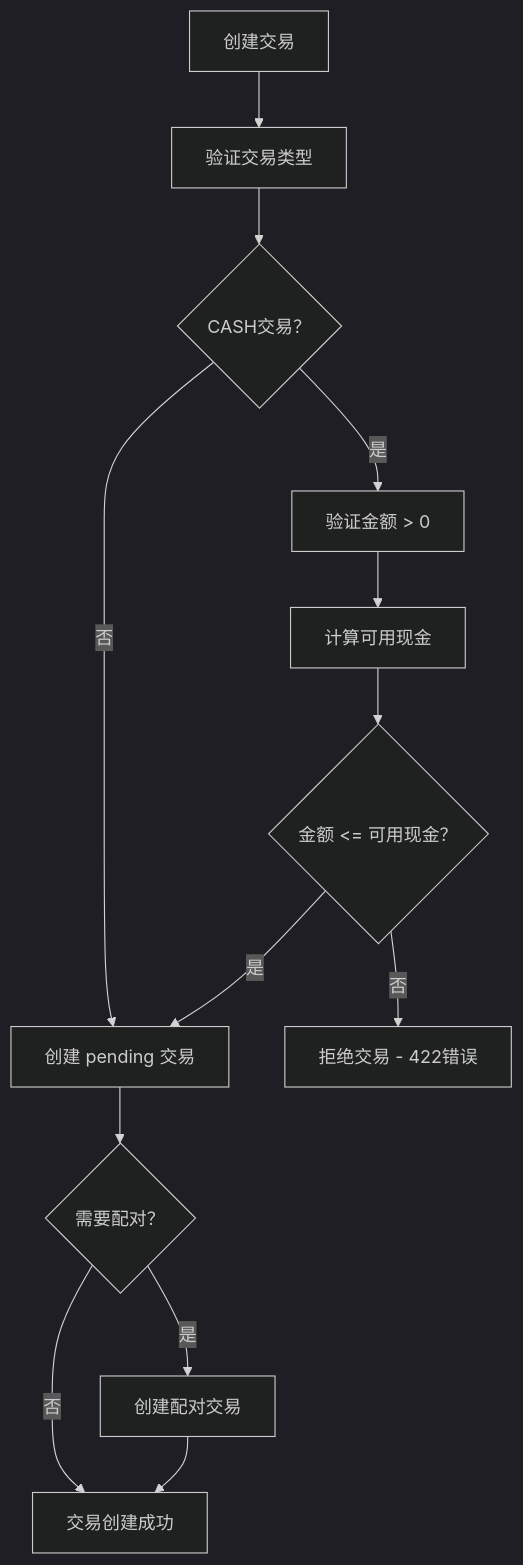
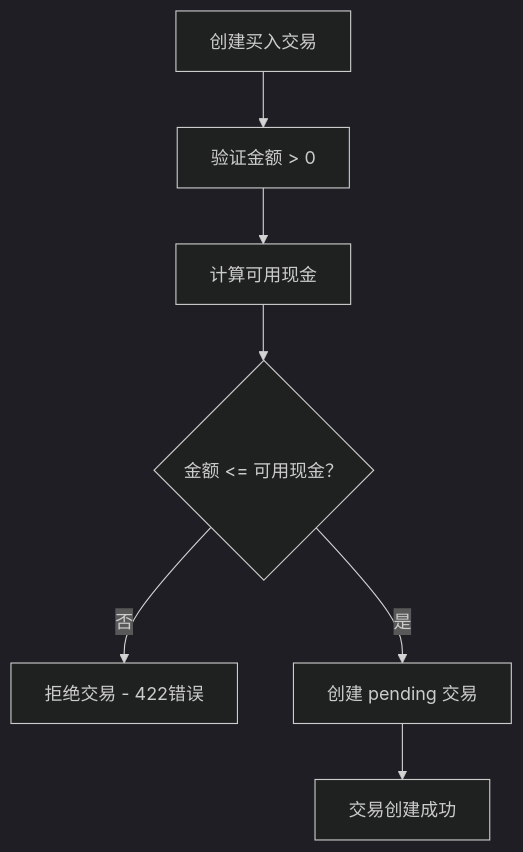
Before and after one commit to gujialind/InvestRing: the seventh of 10 diagrams in .qoder/repowiki/zh/content/开发指南/测试策略/集成测试.md, drawn with Mermaid (dark theme). The commit also changed other lines of this file and 65 other files, not shown here.

````diff
--- a/.qoder/repowiki/zh/content/开发指南/测试策略/集成测试.md
+++ b/.qoder/repowiki/zh/content/开发指南/测试策略/集成测试.md
@@ -342,15 +318,9 @@
 ```mermaid
 flowchart TD
-TradeCreate["创建交易"] --> ValidateType["验证交易类型"]
-ValidateType --> TypeCheck{"CASH交易？"}
-TypeCheck --> |是| ValidateAmount["验证金额 > 0"]
-TypeCheck --> |否| CreateTrade["创建普通交易"]
+TradeCreate["创建买入交易"] --> ValidateAmount["验证金额 > 0"]
 ValidateAmount --> CalcAvailable["计算可用现金"]
 CalcAvailable --> CheckEnough{"金额 <= 可用现金？"}
 CheckEnough --> |否| Reject["拒绝交易 - 422错误"]
 CheckEnough --> |是| CreateTrade["创建 pending 交易"]
-CreateTrade --> PairCheck{"需要配对？"}
-PairCheck --> |是| CreatePair["创建配对交易"]
-PairCheck --> |否| Success["交易创建成功"]
-CreatePair --> Success
+CreateTrade --> Success["交易创建成功"]
 ```
````
